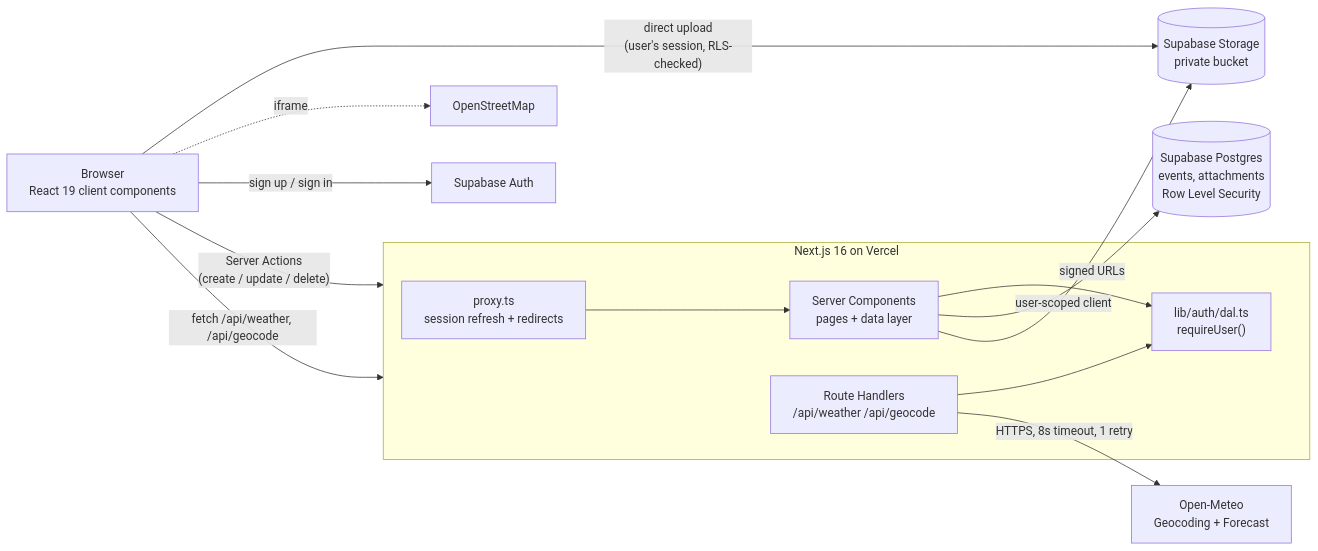
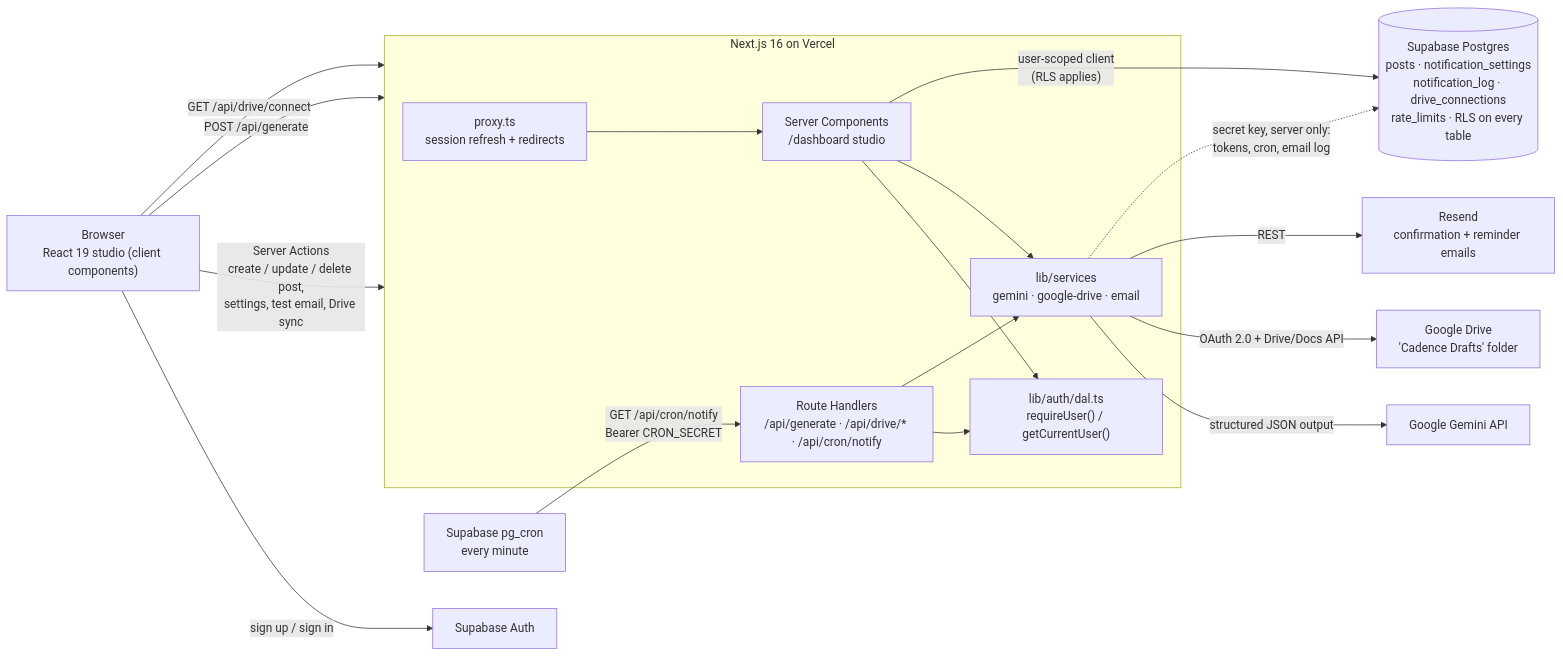
The first of 2 diagrams in README.md (zainashrafofficial/eventdesk), drawn with Mermaid before and after one commit. The commit also changed other lines of this file and 84 other files, not shown here.

````diff
--- a/README.md
+++ b/README.md
@@ -47,16 +59,21 @@
 ```mermaid
 flowchart LR
-  B["Browser<br/>React 19 client components"] -->|"Server Actions<br/>(create / update / delete)"| N
-  B -->|"fetch /api/weather, /api/geocode"| N
-  B -->|"direct upload<br/>(user's session, RLS-checked)"| S[("Supabase Storage<br/>private bucket")]
+  B["Browser<br/>React 19 studio (client components)"] -->|"Server Actions<br/>create / update / delete post,<br/>settings, test email, Drive sync"| N
+  B -->|"POST /api/generate"| N
+  B -->|"GET /api/drive/connect"| N
+  B -->|"sign up / sign in"| AU["Supabase Auth"]
   subgraph N["Next.js 16 on Vercel"]
-    P["proxy.ts<br/>session refresh + redirects"] --> R["Server Components<br/>pages + data layer"]
-    R --> D["lib/auth/dal.ts<br/>requireUser()"]
-    A["Route Handlers<br/>/api/weather /api/geocode"] --> D
+    P["proxy.ts<br/>session refresh + redirects"] --> R["Server Components<br/>/dashboard studio"]
+    R --> D["lib/auth/dal.ts<br/>requireUser() / getCurrentUser()"]
+    A["Route Handlers<br/>/api/generate · /api/drive/* · /api/cron/notify"] --> D
+    S["lib/services<br/>gemini · google-drive · email"]
+    A --> S
+    R --> S
   end
-  R -->|"user-scoped client"| DB[("Supabase Postgres<br/>events, attachments<br/>Row Level Security")]
-  R -->|"signed URLs"| S
-  A -->|"HTTPS, 8s timeout, 1 retry"| OM["Open-Meteo<br/>Geocoding + Forecast"]
-  B -.->|"iframe"| OSM["OpenStreetMap"]
-  B -->|"sign up / sign in"| AU["Supabase Auth"]
+  R -->|"user-scoped client<br/>(RLS applies)"| DB[("Supabase Postgres<br/>posts · notification_settings<br/>notification_log · drive_connections<br/>rate_limits · RLS on every table")]
+  S -->|"structured JSON output"| G["Google Gemini API"]
+  S -->|"OAuth 2.0 + Drive/Docs API"| GD["Google Drive<br/>'Cadence Drafts' folder"]
+  S -->|"REST"| RS["Resend<br/>confirmation + reminder emails"]
+  S -.->|"secret key, server only:<br/>tokens, cron, email log"| DB
+  CR["Supabase pg_cron<br/>every minute"] -->|"GET /api/cron/notify<br/>Bearer CRON_SECRET"| A
 ```
````
